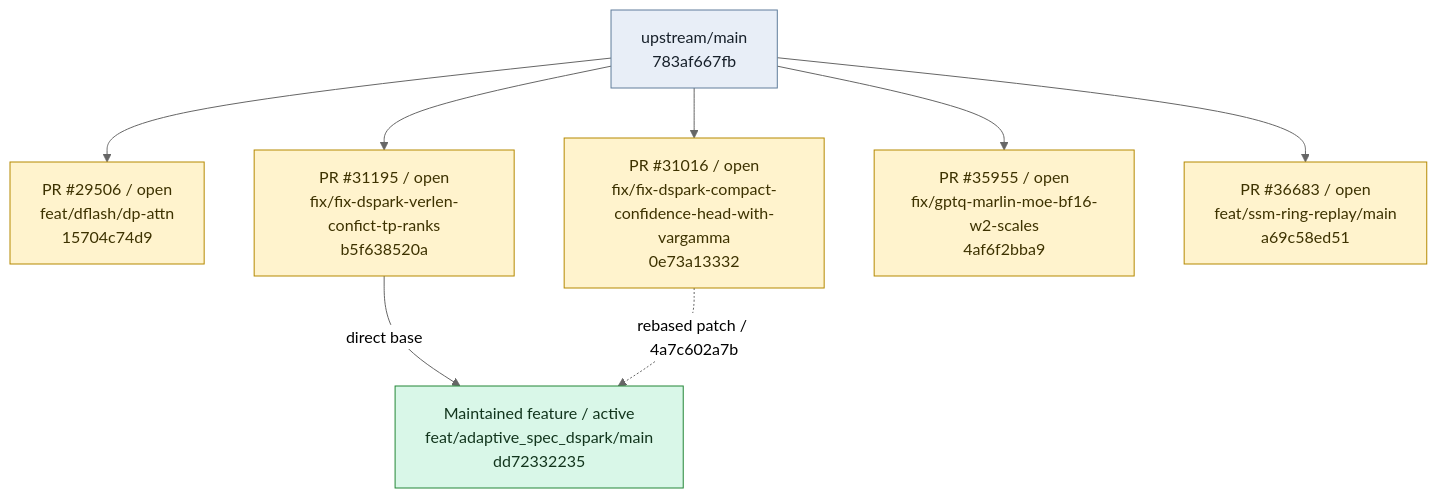
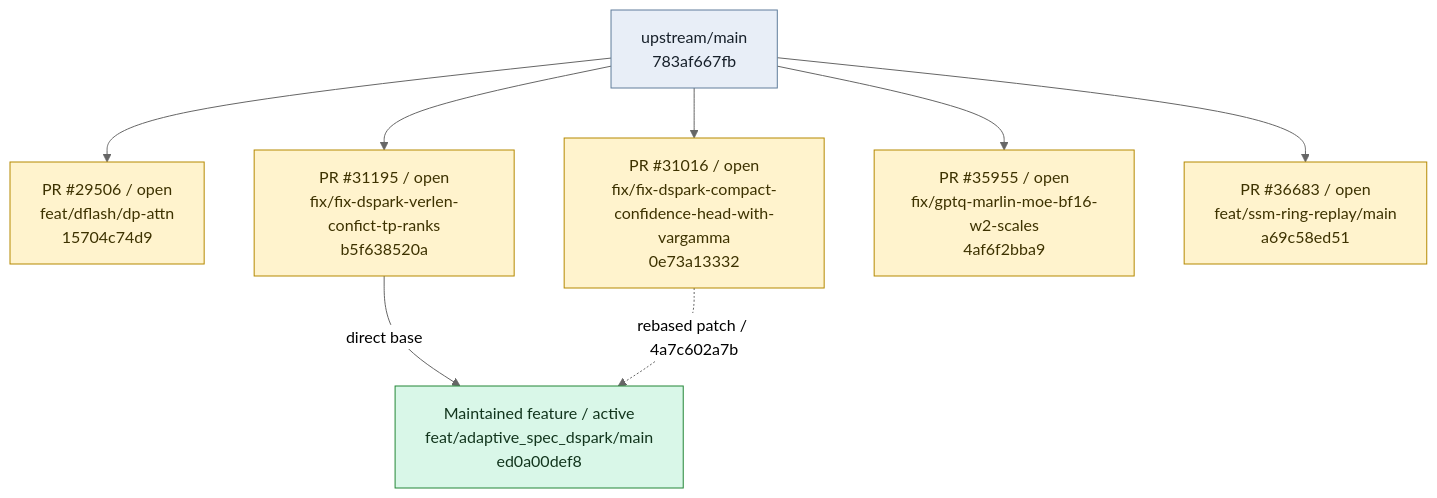
The first of 2 diagrams in BRANCH_GRAPH.md (EanWang211123/sglang), drawn with Mermaid (neutral theme) before and after one commit. The commit also changed other lines of this file and 3 other files, not shown here.

````diff
--- a/BRANCH_GRAPH.md
+++ b/BRANCH_GRAPH.md
@@ -11,29 +11,29 @@
 ```mermaid
 flowchart TD
     base_upstream_main["upstream/main<br/>783af667fb"]
     branch_dflash_dp_attn["PR #29506 / open<br/>feat/dflash/dp-attn<br/>15704c74d9"]
     base_upstream_main --> branch_dflash_dp_attn
     click branch_dflash_dp_attn "https://github.com/sgl-project/sglang/pull/29506"
     branch_dspark_tp_budget_sync["PR #31195 / open<br/>fix/fix-dspark-verlen-confict-tp-ranks<br/>b5f638520a"]
     base_upstream_main --> branch_dspark_tp_budget_sync
     click branch_dspark_tp_budget_sync "https://github.com/sgl-project/sglang/pull/31195"
     branch_dspark_runtime_gamma["PR #31016 / open<br/>fix/fix-dspark-compact-confidence-head-with-vargamma<br/>0e73a13332"]
     base_upstream_main --> branch_dspark_runtime_gamma
     click branch_dspark_runtime_gamma "https://github.com/sgl-project/sglang/pull/31016"
     branch_gptq_marlin_moe_bf16_w2_scales["PR #35955 / open<br/>fix/gptq-marlin-moe-bf16-w2-scales<br/>4af6f2bba9"]
     base_upstream_main --> branch_gptq_marlin_moe_bf16_w2_scales
     click branch_gptq_marlin_moe_bf16_w2_scales "https://github.com/sgl-project/sglang/pull/35955"
     branch_replayssm_dflash_dspark["PR #36683 / open<br/>feat/ssm-ring-replay/main<br/>a69c58ed51"]
     base_upstream_main --> branch_replayssm_dflash_dspark
     click branch_replayssm_dflash_dspark "https://github.com/sgl-project/sglang/pull/36683"
-    branch_dspark_adaptive["Maintained feature / active<br/>feat/adaptive_spec_dspark/main<br/>dd72332235"]
+    branch_dspark_adaptive["Maintained feature / active<br/>feat/adaptive_spec_dspark/main<br/>ed0a00def8"]
     click branch_dspark_adaptive "https://github.com/EanWang211123/sglang/tree/feat/adaptive_spec_dspark/main"
     branch_dspark_tp_budget_sync -->|"direct base"| branch_dspark_adaptive
     branch_dspark_runtime_gamma -.->|"rebased patch / 4a7c602a7b"| branch_dspark_adaptive
     classDef base fill:#e8eef7,stroke:#607d9b,color:#17202a
     classDef pr fill:#fff3cd,stroke:#b58900,color:#3d3200
     classDef feature fill:#d9f7e8,stroke:#238636,color:#12351d
     class base_upstream_main base
     class branch_dflash_dp_attn,branch_dspark_tp_budget_sync,branch_dspark_runtime_gamma,branch_gptq_marlin_moe_bf16_w2_scales,branch_replayssm_dflash_dspark pr
     class branch_dspark_adaptive feature
 ```
````
